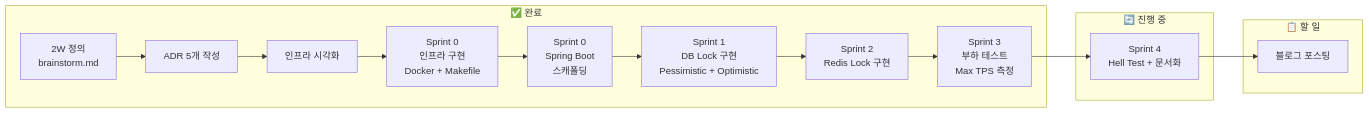
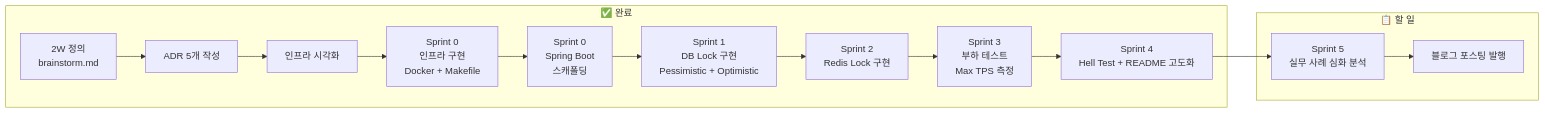
One commit to JuJin1324/concurrency-control-poc changed the second of 2 diagrams in docs/planning/how-diagram.md. Above: the diagram before and after it, drawn with Mermaid. The commit also changed other lines of this file and 1 other file, not shown here.

Commit message:
docs: Sprint 4 최종 완료 및 마스터 플랜 업데이트 (Sprint 5 유지)

````diff
--- a/docs/planning/how-diagram.md
+++ b/docs/planning/how-diagram.md
@@ -62,31 +63,30 @@
 ```mermaid
 flowchart LR
     subgraph Done["✅ 완료"]
         D1[2W 정의<br/>brainstorm.md]
         D2[ADR 5개 작성]
         D3[인프라 시각화]
         D4[Sprint 0<br/>인프라 구현<br/>Docker + Makefile]
         D5[Sprint 0<br/>Spring Boot<br/>스캐폴딩]
         D6[Sprint 1<br/>DB Lock 구현<br/>Pessimistic + Optimistic]
         D7[Sprint 2<br/>Redis Lock 구현]
         D8[Sprint 3<br/>부하 테스트<br/>Max TPS 측정]
-    end
-
-    subgraph InProgress["🔄 진행 중"]
-        T5[Sprint 4<br/>Hell Test + 문서화]
+        D9[Sprint 4<br/>Hell Test + README 고도화]
     end
 
     subgraph Todo["📋 할 일"]
-        T6[블로그 포스팅]
+        T6[Sprint 5<br/>실무 사례 심화 분석]
+        T7[블로그 포스팅 발행]
     end
 
     D1 --> D2
     D2 --> D3
     D3 --> D4
     D4 --> D5
     D5 --> D6
     D6 --> D7
     D7 --> D8
-    D8 --> T5
-    T5 --> T6
+    D8 --> D9
+    D9 --> T6
+    T6 --> T7
 ```
````
